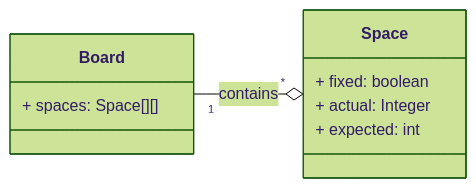
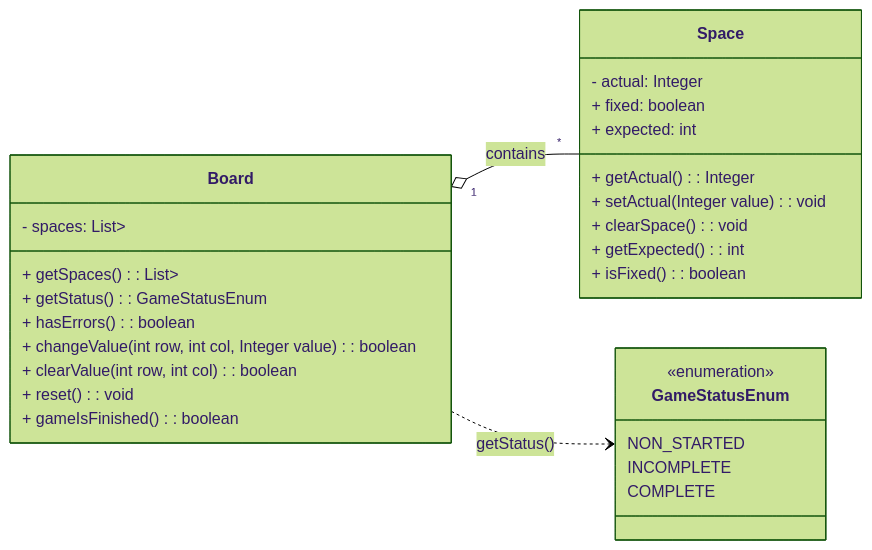
The diagram in docs/uml.md (raqueleucaria/sudoku), drawn with Mermaid (forest theme) before and after one commit. The commit also changed other lines of this file, not shown here.

Commit message:
ref(docs): refatoração do diagrama uml, atualizando atributos e adicionando métodos e descrição das classes.

````diff
--- a/docs/uml.md
+++ b/docs/uml.md
@@ -3,16 +3,36 @@
 ``` mermaid
 classDiagram
     direction LR
     class Board {
-        + spaces: Space[][]
+    - spaces: List<List<Space>>
+    + getSpaces(): List<List<Space>>
+    + getStatus(): GameStatusEnum
+    + hasErrors(): boolean
+    + changeValue(int row, int col, Integer value): boolean
+    + clearValue(int row, int col): boolean
+    + reset(): void
+    + gameIsFinished(): boolean
     }
+    
     class Space {
+        - actual: Integer
         + fixed: boolean
-        + actual: Integer
         + expected: int
+        + getActual(): Integer
+        + setActual(Integer value): void
+        + clearSpace(): void
+        + getExpected(): int
+        + isFixed(): boolean
     }
-
-    Board "1" --o "*" Space : contains
-
+    
+    class GameStatusEnum {
+        <<enumeration>>
+        NON_STARTED
+        INCOMPLETE
+        COMPLETE
+    }
+    
+    Board "1" o-- "*" Space : contains
+    Board ..> GameStatusEnum : getStatus()
 
 ```
````
